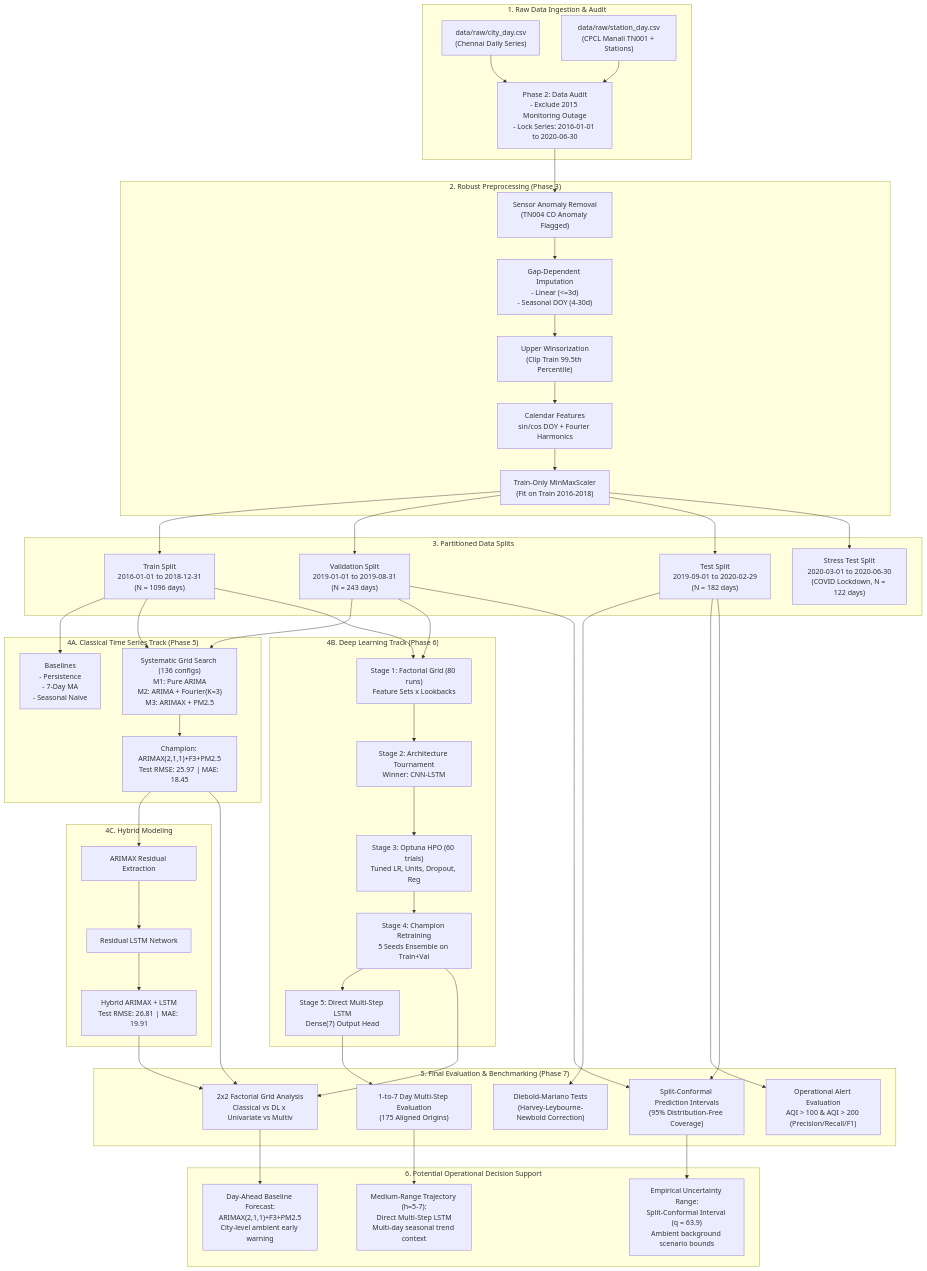
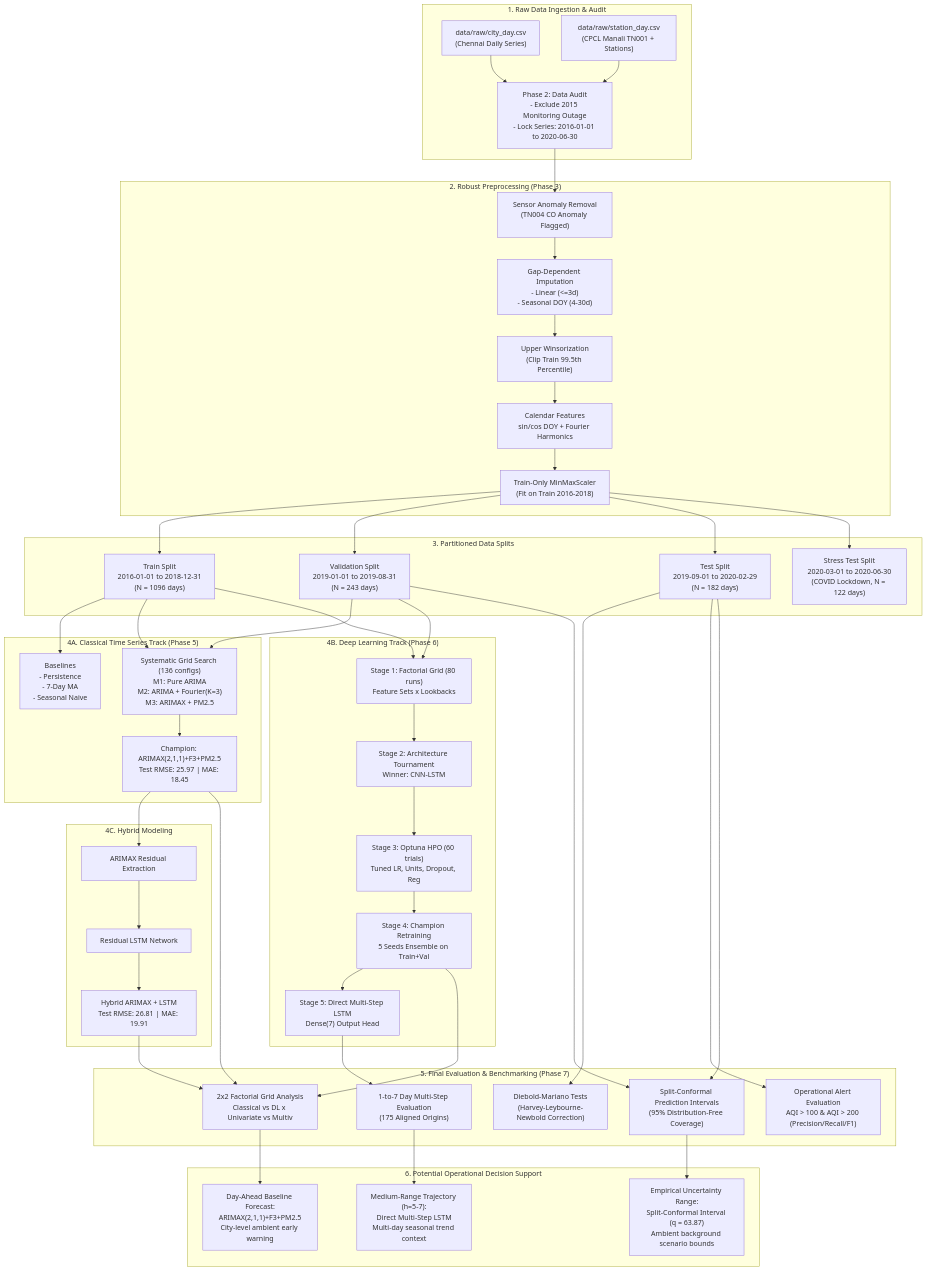
The diagram in docs/FLOW_DIAGRAM.md (arush-saini-codes/INDIAN_OIL_AQI-AI_FOR_ENGINEERS-), drawn with Mermaid before and after one commit. The commit also changed other lines of this file and 25 other files, not shown here.

```diff
--- a/docs/FLOW_DIAGRAM.md
+++ b/docs/FLOW_DIAGRAM.md
@@ -146,7 +146,7 @@
 
     subgraph Operational_Advisory["6. Potential Operational Decision Support"]
         DayAhead["Day-Ahead Baseline Forecast:<br/>ARIMAX(2,1,1)+F3+PM2.5<br/>City-level ambient early warning"]
-        UncertaintyBand["Empirical Uncertainty Range:<br/>Split-Conformal Interval (q = 63.9)<br/>Ambient background scenario bounds"]
+        UncertaintyBand["Empirical Uncertainty Range:<br/>Split-Conformal Interval (q = 63.87)<br/>Ambient background scenario bounds"]
         MediumRange["Medium-Range Trajectory (h=5-7):<br/>Direct Multi-Step LSTM<br/>Multi-day seasonal trend context"]
         
         Grid2x2 --> DayAhead
```
